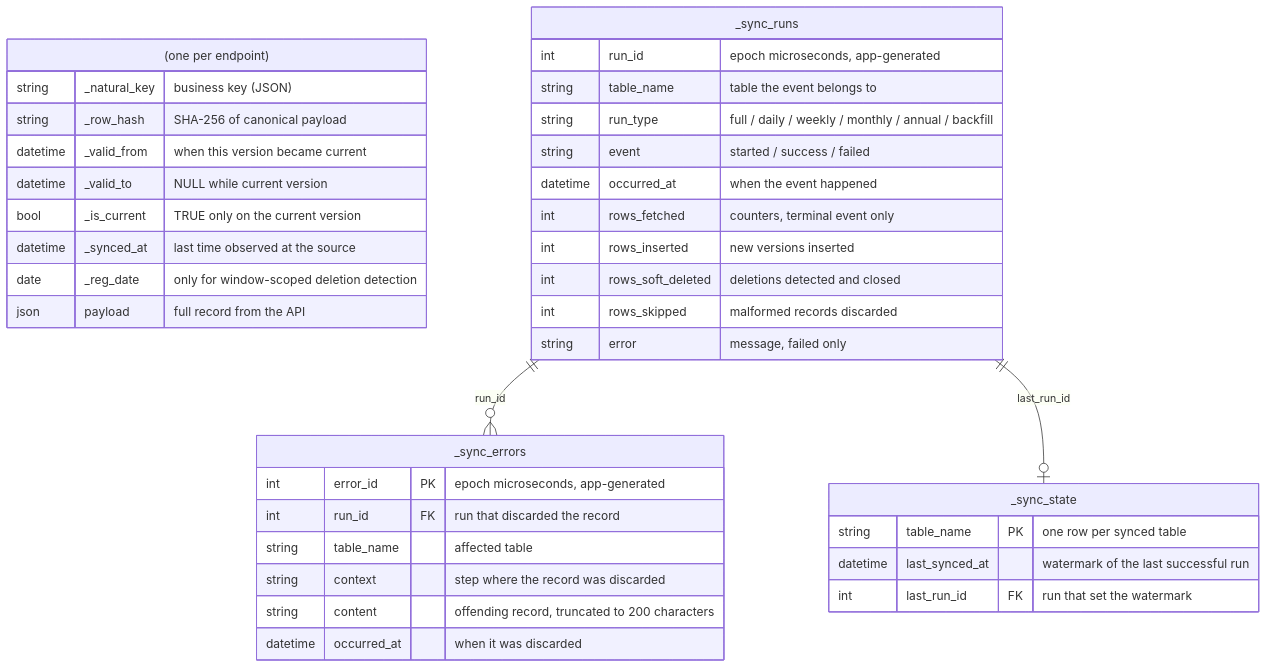
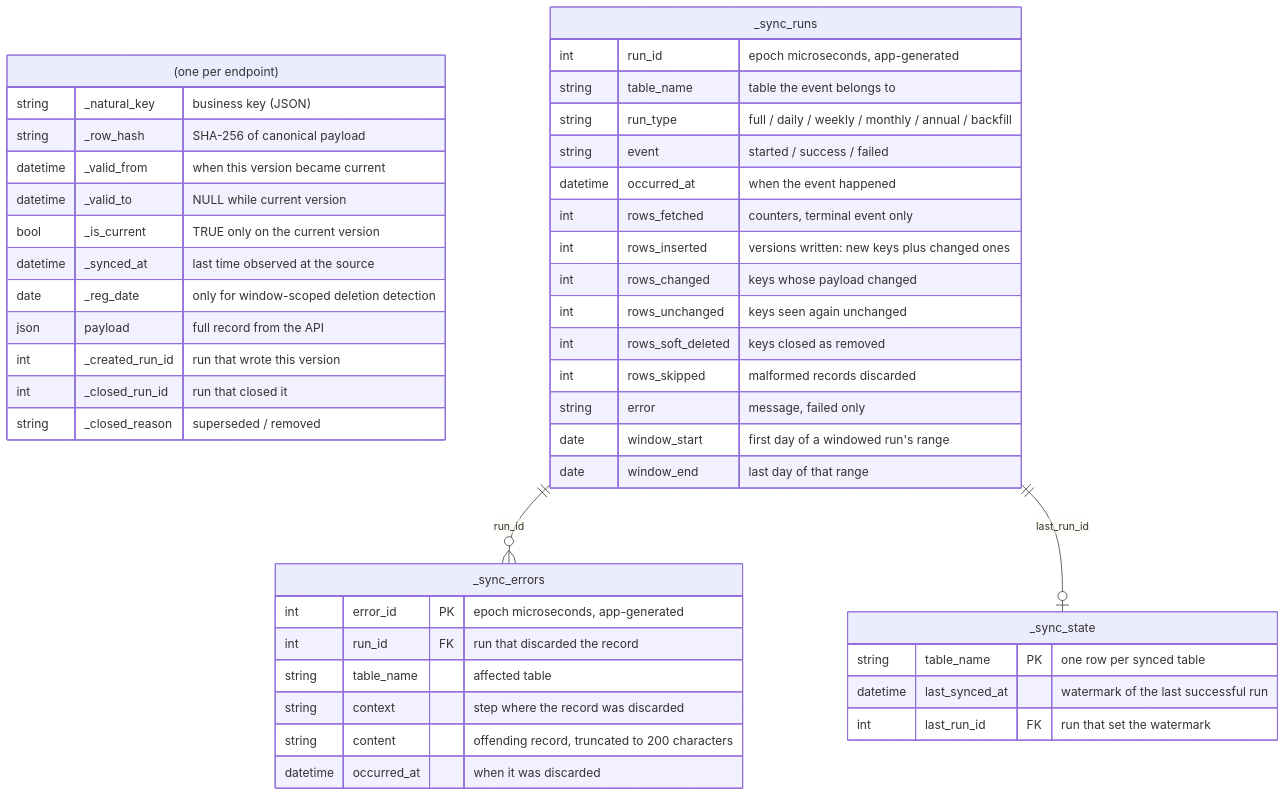
One commit to cruzlorite/bdns-fetch changed the first of 2 diagrams in docs/sync/reference/data-model.en.md. Above: the diagram before and after it, drawn with Mermaid. The commit also changed other lines of this file and 60 other files, not shown here.

````diff
--- a/docs/sync/reference/data-model.en.md
+++ b/docs/sync/reference/data-model.en.md
@@ -20,40 +25,47 @@
 ```mermaid
 erDiagram
     "<entity> (one per endpoint)" {
         string  _natural_key   "business key (JSON)"
         string  _row_hash      "SHA-256 of canonical payload"
         datetime _valid_from   "when this version became current"
         datetime _valid_to     "NULL while current version"
         bool    _is_current    "TRUE only on the current version"
         datetime _synced_at    "last time observed at the source"
         date    _reg_date      "only for window-scoped deletion detection"
         json    payload        "full record from the API"
+        int     _created_run_id "run that wrote this version"
+        int     _closed_run_id "run that closed it"
+        string  _closed_reason "superseded / removed"
     }
     _sync_state {
         string   table_name PK "one row per synced table"
         datetime last_synced_at "watermark of the last successful run"
         int      last_run_id FK "run that set the watermark"
     }
     _sync_runs {
         int      run_id        "epoch microseconds, app-generated"
         string   table_name    "table the event belongs to"
         string   run_type      "full / daily / weekly / monthly / annual / backfill"
         string   event         "started / success / failed"
         datetime occurred_at   "when the event happened"
         int      rows_fetched  "counters, terminal event only"
-        int      rows_inserted "new versions inserted"
-        int      rows_soft_deleted "deletions detected and closed"
+        int      rows_inserted "versions written: new keys plus changed ones"
+        int      rows_changed  "keys whose payload changed"
+        int      rows_unchanged "keys seen again unchanged"
+        int      rows_soft_deleted "keys closed as removed"
         int      rows_skipped  "malformed records discarded"
         string   error         "message, failed only"
+        date     window_start  "first day of a windowed run's range"
+        date     window_end    "last day of that range"
     }
     _sync_errors {
         int      error_id PK   "epoch microseconds, app-generated"
         int      run_id FK     "run that discarded the record"
         string   table_name    "affected table"
         string   context       "step where the record was discarded"
         string   content       "offending record, truncated to 200 characters"
         datetime occurred_at   "when it was discarded"
     }
     _sync_runs ||--o{ _sync_errors : "run_id"
     _sync_runs ||--o| _sync_state : "last_run_id"
 ```
````
